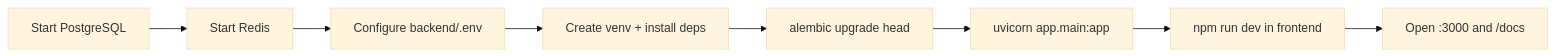
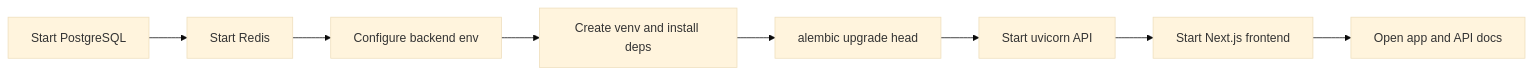
Before and after one commit to gnanavi030/booking-system: diagram 17 of 17 in Readme.md, drawn with Mermaid (base theme). The commit also changed other lines of this file, not shown here.

````diff
--- a/Readme.md
+++ b/Readme.md
@@ -985,10 +979,10 @@
 ```mermaid
 flowchart LR
     A[Start PostgreSQL] --> B[Start Redis]
-    B --> C[Configure backend/.env]
-    C --> D[Create venv + install deps]
+    B --> C[Configure backend env]
+    C --> D[Create venv and install deps]
     D --> E[alembic upgrade head]
-    E --> F[uvicorn app.main:app]
-    F --> G[npm run dev in frontend]
-    G --> H[Open :3000 and /docs]
+    E --> F[Start uvicorn API]
+    F --> G[Start Next.js frontend]
+    G --> H[Open app and API docs]
 ```
````
